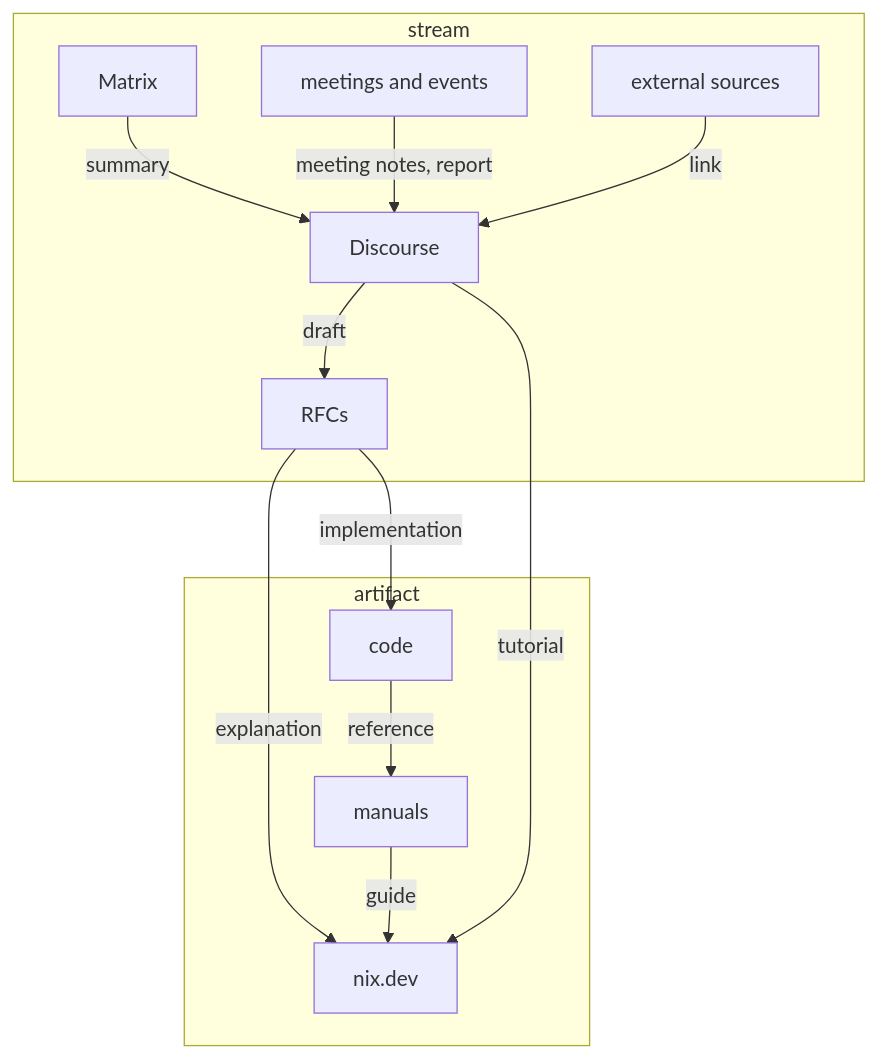
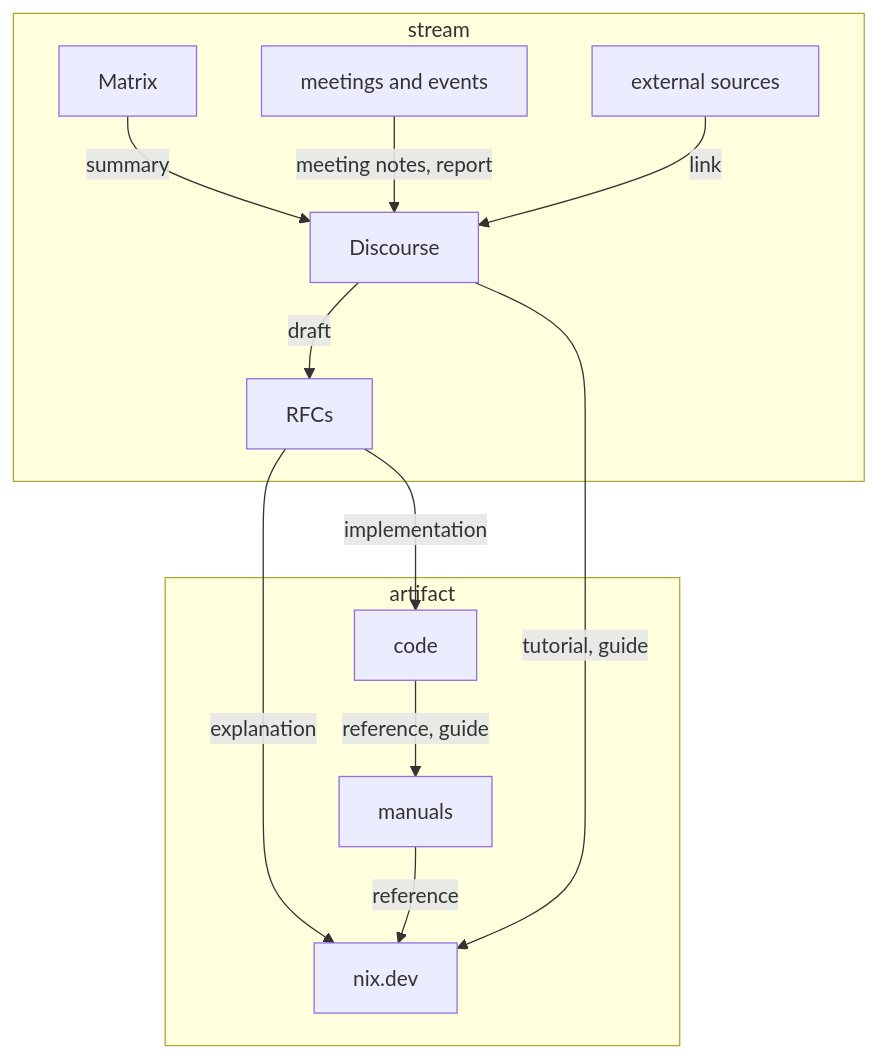
Before and after one commit to NixOS/nix.dev: the second of 2 diagrams in maintainers/information-flow.md, drawn with Mermaid. The commit also changed other lines of this file, not shown here.

Commit message:
maintainers/information-flow: align with vision (#1246)
component specific guides should live with the component.

Only true overarching guides, that do not clearly belong to one repository may be documented in nix.dev
Those should be small by numbers as they risk beeing outdated when the code changes.

````diff
--- a/maintainers/information-flow.md
+++ b/maintainers/information-flow.md
@@ -27,22 +27,23 @@
 ```mermaid
 flowchart
   Matrix --> |summary| Discourse
   events[meetings and events] --> |meeting notes, report| Discourse
   external[external sources] --> |link| Discourse
   Discourse --> |draft| RFCs --> |implementation| code
   RFCs --> |explanation| docs
-  code --> |reference| manuals --> |guide| docs[nix.dev]
-  Discourse --> |tutorial| docs
+  code --> |reference, guide| manuals
+  manuals --> |reference| docs[nix.dev]
+  Discourse --> |tutorial, guide| docs
   subgraph stream
     Matrix
     events
     external
     Discourse
     RFCs
   end
   subgraph artifact
     code
     manuals
     docs
   end
 ```
````
